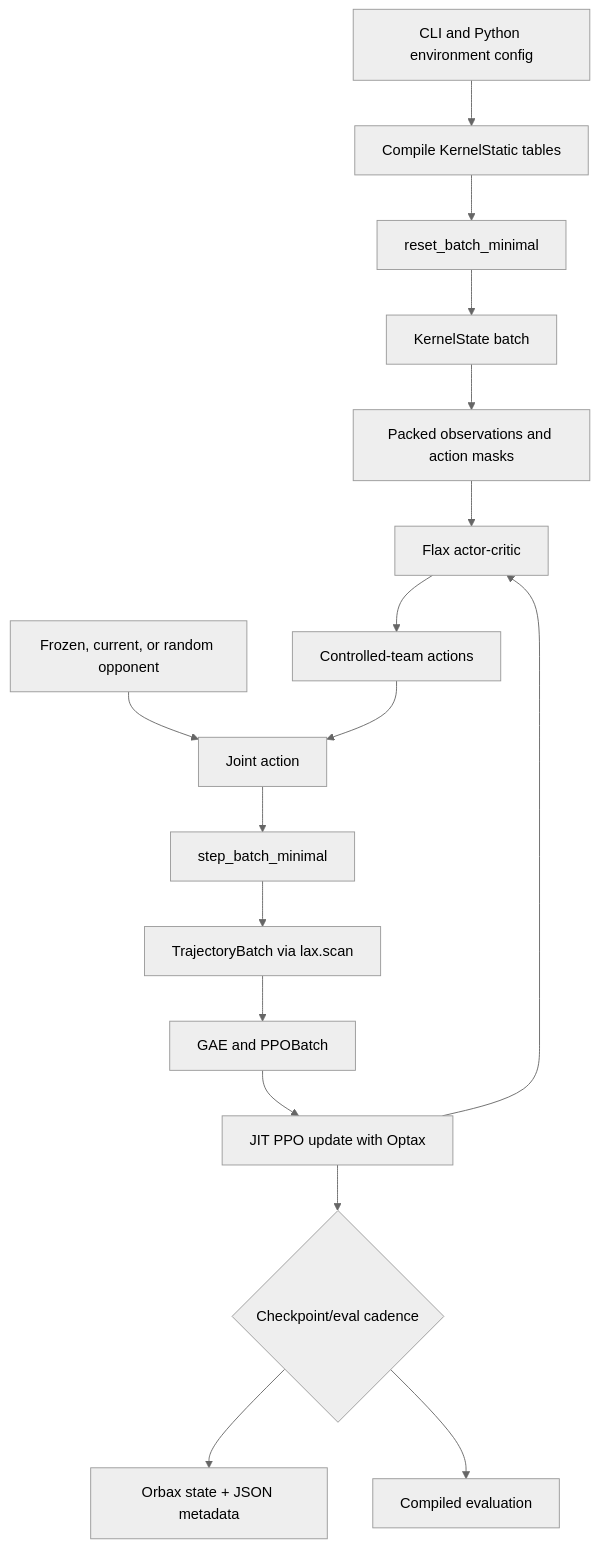
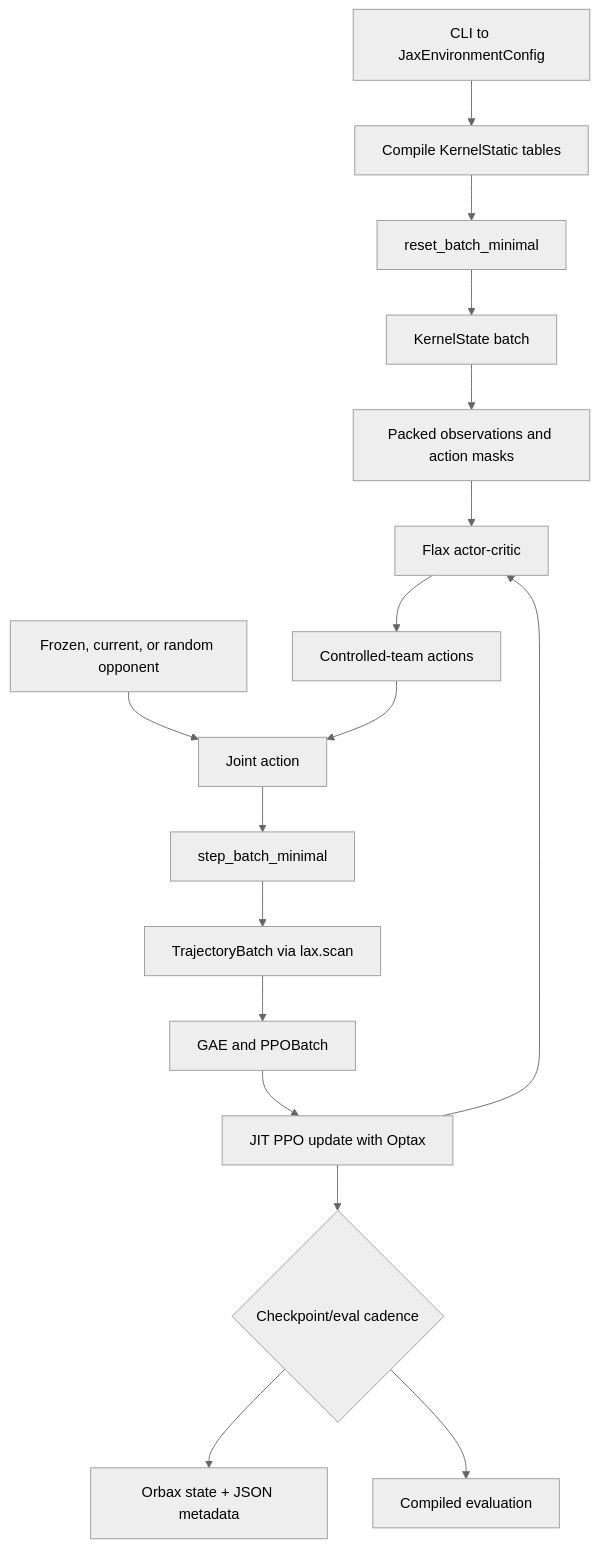
Before and after one commit to EvanZ/basketworld: the diagram in docs/site/jax/index.md, drawn with Mermaid (neutral theme). The commit also changed other lines of this file and 8 other files, not shown here.

````diff
--- a/docs/site/jax/index.md
+++ b/docs/site/jax/index.md
@@ -23,19 +23,19 @@
 ```mermaid
 flowchart TD
-    C[CLI and Python environment config] --> K[Compile KernelStatic tables]
+    C[CLI to JaxEnvironmentConfig] --> K[Compile KernelStatic tables]
     K --> R[reset_batch_minimal]
     R --> S[KernelState batch]
     S --> O[Packed observations and action masks]
     O --> P[Flax actor-critic]
     P --> A[Controlled-team actions]
     F[Frozen, current, or random opponent] --> J[Joint action]
     A --> J
     J --> E[step_batch_minimal]
     E --> T[TrajectoryBatch via lax.scan]
     T --> G[GAE and PPOBatch]
     G --> U[JIT PPO update with Optax]
     U --> P
     U --> Q{Checkpoint/eval cadence}
     Q --> X[Orbax state + JSON metadata]
     Q --> V[Compiled evaluation]
 ```
````
